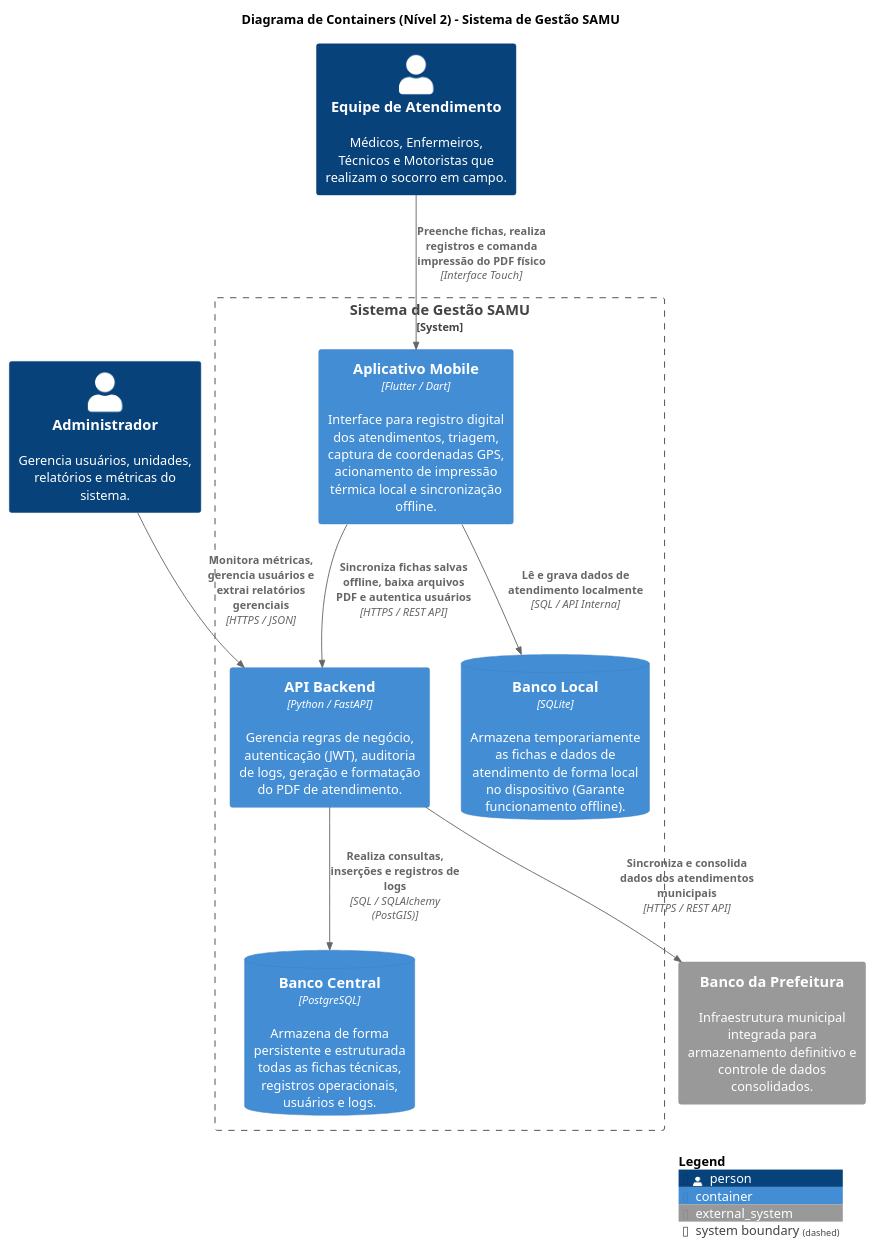
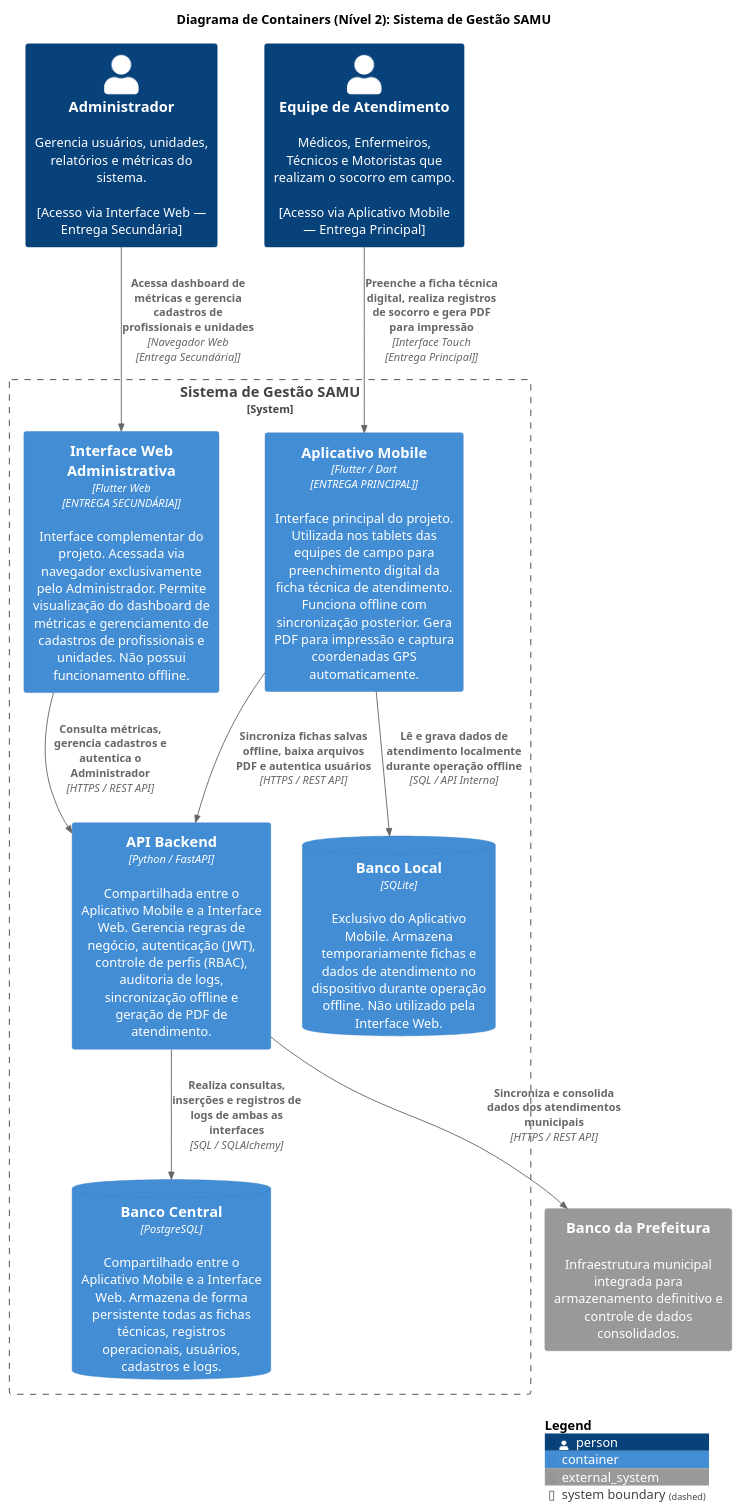
Before and after one commit to Madu3304/Software_brava: the diagram in ModeloC4/nivel2.puml, drawn with PlantUML. The commit also changed 4 other files, not shown here.

```diff
--- a/ModeloC4/nivel2.puml
+++ b/ModeloC4/nivel2.puml
@@ -1,54 +1,68 @@
 @startuml c4Nivel2
 
 !include https://raw.githubusercontent.com/RicardoNiepel/C4-PlantUML/master/C4_Container.puml
 
-title Diagrama de Containers (Nível 2) - Sistema de Gestão SAMU
+title Diagrama de Containers (Nível 2): Sistema de Gestão SAMU
 
 ' ========================================================
 ' Pessoas
 ' ========================================================
-Person(admin, "Administrador", "Gerencia usuários, unidades, relatórios e métricas do sistema.")
-Person(equipe_samu, "Equipe de Atendimento", "Médicos, Enfermeiros, Técnicos e Motoristas que realizam o socorro em campo.")
+Person(admin, "Administrador", "Gerencia usuários, unidades, relatórios e métricas do sistema.\n\n[Acesso via Interface Web — Entrega Secundária]")
+Person(equipe_samu, "Equipe de Atendimento", "Médicos, Enfermeiros, Técnicos e Motoristas que realizam o socorro em campo.\n\n[Acesso via Aplicativo Mobile  — Entrega Principal]")
 
 ' ========================================================
 ' Limite do Sistema SAMU
 ' ========================================================
 System_Boundary(sistema, "Sistema de Gestão SAMU") {
 
-    Container(app, "Aplicativo Mobile", "Flutter / Dart", "Interface para registro digital dos atendimentos, triagem, captura de coordenadas GPS, acionamento de impressão térmica local e sincronização offline.")
+    ' --------------------------------------------------------
+    ' ENTREGA PRINCIPAL — Aplicativo Mobile 
+    ' --------------------------------------------------------
+    Container(app_mobile, "Aplicativo Mobile ", "Flutter / Dart\n[ENTREGA PRINCIPAL]", "Interface principal do projeto. Utilizada nos tablets das equipes de campo para preenchimento digital da ficha técnica de atendimento. Funciona offline com sincronização posterior. Gera PDF para impressão e captura coordenadas GPS automaticamente.")
 
-    ContainerDb(localdb, "Banco Local", "SQLite", "Armazena temporariamente as fichas e dados de atendimento de forma local no dispositivo (Garante funcionamento offline).")
+    ContainerDb(localdb, "Banco Local", "SQLite", "Exclusivo do Aplicativo Mobile. Armazena temporariamente fichas e dados de atendimento no dispositivo durante operação offline. Não utilizado pela Interface Web.")
 
-    Container(api, "API Backend", "Python / FastAPI", "Gerencia regras de negócio, autenticação (JWT), auditoria de logs, geração e formatação do PDF de atendimento.")
+    ' --------------------------------------------------------
+    ' ENTREGA SECUNDÁRIA — Interface Web Administrativa
+    ' --------------------------------------------------------
+    Container(app_web, "Interface Web Administrativa", "Flutter Web\n[ENTREGA SECUNDÁRIA]", "Interface complementar do projeto. Acessada via navegador exclusivamente pelo Administrador. Permite visualização do dashboard de métricas e gerenciamento de cadastros de profissionais e unidades. Não possui funcionamento offline.")
 
-    ContainerDb(postgres, "Banco Central", "PostgreSQL", "Armazena de forma persistente e estruturada todas as fichas técnicas, registros operacionais, usuários e logs.")
+    ' --------------------------------------------------------
+    ' Backend e Banco Central — compartilhados pelas duas entregas
+    ' --------------------------------------------------------
+    Container(api, "API Backend", "Python / FastAPI", "Compartilhada entre o Aplicativo Mobile e a Interface Web. Gerencia regras de negócio, autenticação (JWT), controle de perfis (RBAC), auditoria de logs, sincronização offline e geração de PDF de atendimento.")
+
+    ContainerDb(postgres, "Banco Central", "PostgreSQL", "Compartilhado entre o Aplicativo Mobile e a Interface Web. Armazena de forma persistente todas as fichas técnicas, registros operacionais, usuários, cadastros e logs.")
 }
 
 ' ========================================================
-' Sistemas Externos (Única Conexão Sistêmica Restante)
+' Sistemas Externos
 ' ========================================================
 System_Ext(prefeitura, "Banco da Prefeitura", "Infraestrutura municipal integrada para armazenamento definitivo e controle de dados consolidados.")
 
 ' ========================================================
 ' Relacionamentos
 ' ========================================================
 
-' Interações dos Usuários
-Rel(admin, api, "Monitora métricas, gerencia usuários e extrai relatórios gerenciais", "HTTPS / JSON")
-Rel(equipe_samu, app, "Preenche fichas, realiza registros e comanda impressão do PDF físico", "Interface Touch")
+' Interações dos Usuários com seus respectivos frontends
+Rel(equipe_samu, app_mobile, "Preenche a ficha técnica digital, realiza registros de socorro e gera PDF para impressão", "Interface Touch\n[Entrega Principal]")
+Rel(admin, app_web, "Acessa dashboard de métricas e gerencia cadastros de profissionais e unidades", "Navegador Web\n[Entrega Secundária]")
 
-' Comunicação Interna (Mobile)
-Rel(app, localdb, "Lê e grava dados de atendimento localmente", "SQL / API Interna")
-Rel(app, api, "Sincroniza fichas salvas offline, baixa arquivos PDF e autentica usuários", "HTTPS / REST API")
+' Comunicação interna do Aplicativo Mobile (possui banco local — offline first)
+Rel(app_mobile, localdb, "Lê e grava dados de atendimento localmente durante operação offline", "SQL / API Interna")
+Rel(app_mobile, api, "Sincroniza fichas salvas offline, baixa arquivos PDF e autentica usuários", "HTTPS / REST API")
 
-' Comunicação Interna (Backend)
-Rel(api, postgres, "Realiza consultas, inserções e registros de logs", "SQL / SQLAlchemy (PostGIS)")
+' Comunicação interna da Interface Web (sem banco local — apenas online)
+Rel(app_web, api, "Consulta métricas, gerencia cadastros e autentica o Administrador", "HTTPS / REST API")
 
-' Integrações Externas (O hospital foi removido daqui)
+' Comunicação interna do Backend com o Banco Central
+Rel(api, postgres, "Realiza consultas, inserções e registros de logs de ambas as interfaces", "SQL / SQLAlchemy")
+
+' Integração externa com a Prefeitura
 Rel(api, prefeitura, "Sincroniza e consolida dados dos atendimentos municipais", "HTTPS / REST API")
 
 ' ========================================================
 ' Configuração de Legenda
 ' ========================================================
 SHOW_LEGEND()
 @enduml
```
